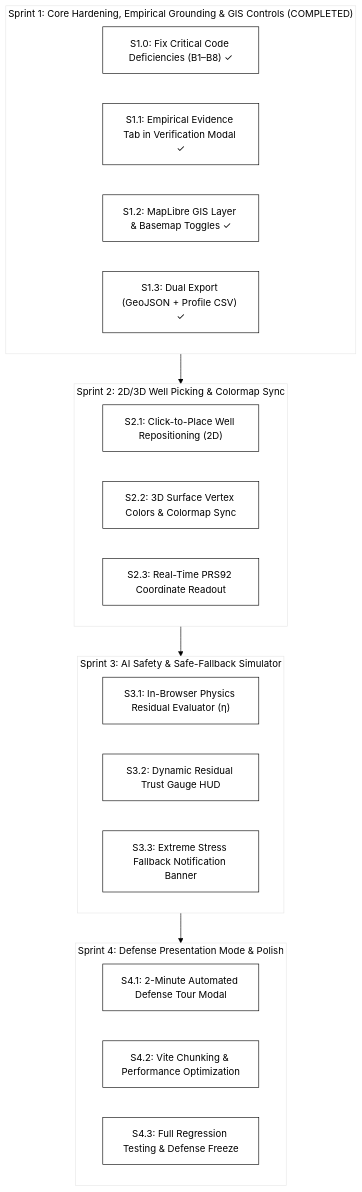
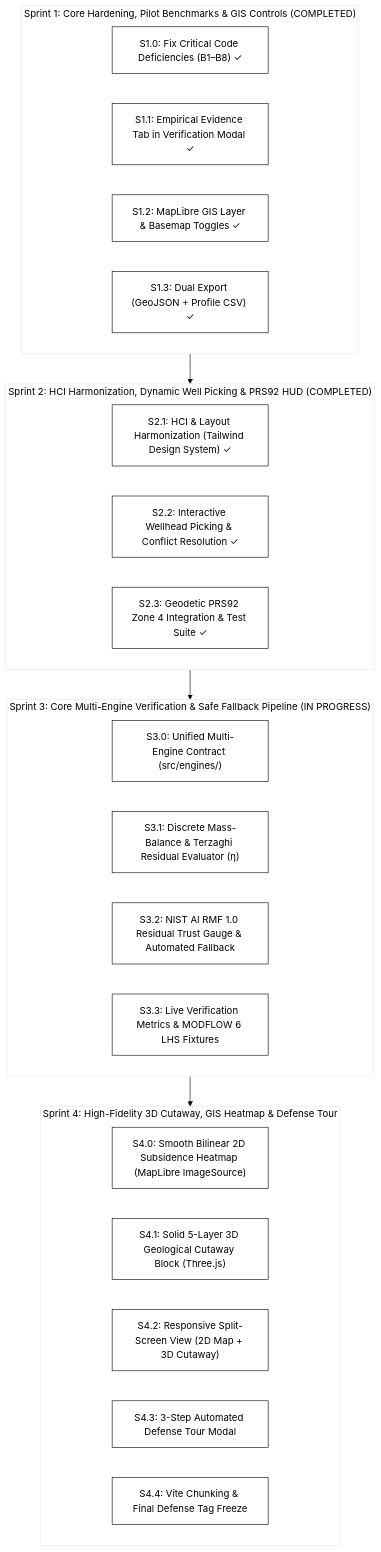
One commit to Thesis-Titans/aquifera-prototype changed the diagram in docs/plans/SPRINT-PLAN.md. Above: the diagram before and after it, drawn with Mermaid. The commit also changed other lines of this file and 1 other file, not shown here.

Commit message:
docs(plan): integrate validated 3D cutaway block and bilinear heatmap into Sprint 4

````diff
--- a/docs/plans/SPRINT-PLAN.md
+++ b/docs/plans/SPRINT-PLAN.md
@@ -31,30 +31,33 @@
 ```mermaid
 %%{init: {'theme': 'base', 'themeVariables': {'primaryColor': '#ffffff', 'primaryTextColor': '#000000', 'primaryBorderColor': '#000000', 'lineColor': '#000000'}}}%%
 flowchart TD
-    subgraph SP1["Sprint 1: Core Hardening, Empirical Grounding & GIS Controls (COMPLETED)"]
+    subgraph SP1["Sprint 1: Core Hardening, Pilot Benchmarks & GIS Controls (COMPLETED)"]
         T10["S1.0: Fix Critical Code Deficiencies (B1–B8) ✓"]
         T11["S1.1: Empirical Evidence Tab in Verification Modal ✓"]
         T12["S1.2: MapLibre GIS Layer & Basemap Toggles ✓"]
         T13["S1.3: Dual Export (GeoJSON + Profile CSV) ✓"]
     end
 
-    subgraph SP2["Sprint 2: 2D/3D Well Picking & Colormap Sync"]
-        T21["S2.1: Click-to-Place Well Repositioning (2D)"]
-        T22["S2.2: 3D Surface Vertex Colors & Colormap Sync"]
-        T23["S2.3: Real-Time PRS92 Coordinate Readout"]
+    subgraph SP2["Sprint 2: HCI Harmonization, Dynamic Well Picking & PRS92 HUD (COMPLETED)"]
+        T21["S2.1: HCI & Layout Harmonization (Tailwind Design System) ✓"]
+        T22["S2.2: Interactive Wellhead Picking & Conflict Resolution ✓"]
+        T23["S2.3: Geodetic PRS92 Zone 4 Integration & Test Suite ✓"]
     end
 
-    subgraph SP3["Sprint 3: AI Safety & Safe-Fallback Simulator"]
-        T31["S3.1: In-Browser Physics Residual Evaluator (η)"]
-        T32["S3.2: Dynamic Residual Trust Gauge HUD"]
-        T33["S3.3: Extreme Stress Fallback Notification Banner"]
+    subgraph SP3["Sprint 3: Core Multi-Engine Verification & Safe Fallback Pipeline (IN PROGRESS)"]
+        T30["S3.0: Unified Multi-Engine Contract (src/engines/)"]
+        T31["S3.1: Discrete Mass-Balance & Terzaghi Residual Evaluator (η)"]
+        T32["S3.2: NIST AI RMF 1.0 Residual Trust Gauge & Automated Fallback"]
+        T33["S3.3: Live Verification Metrics & MODFLOW 6 LHS Fixtures"]
     end
 
-    subgraph SP4["Sprint 4: Defense Presentation Mode & Polish"]
-        T41["S4.1: 2-Minute Automated Defense Tour Modal"]
-        T42["S4.2: Vite Chunking & Performance Optimization"]
-        T43["S4.3: Full Regression Testing & Defense Freeze"]
+    subgraph SP4["Sprint 4: High-Fidelity 3D Cutaway, GIS Heatmap & Defense Tour"]
+        T40["S4.0: Smooth Bilinear 2D Subsidence Heatmap (MapLibre ImageSource)"]
+        T41["S4.1: Solid 5-Layer 3D Geological Cutaway Block (Three.js)"]
+        T42["S4.2: Responsive Split-Screen View (2D Map + 3D Cutaway)"]
+        T43["S4.3: 3-Step Automated Defense Tour Modal"]
+        T44["S4.4: Vite Chunking & Final Defense Tag Freeze"]
     end
 
     SP1 --> SP2 --> SP3 --> SP4
 ```
````
